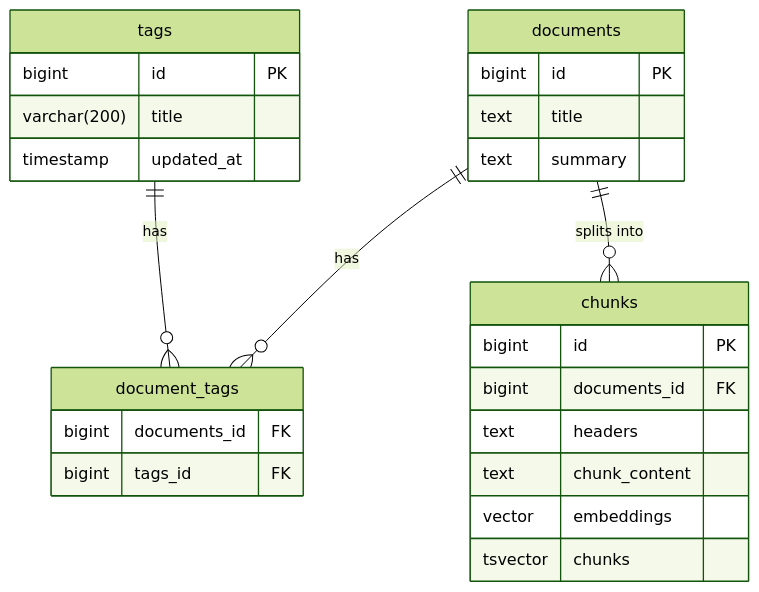
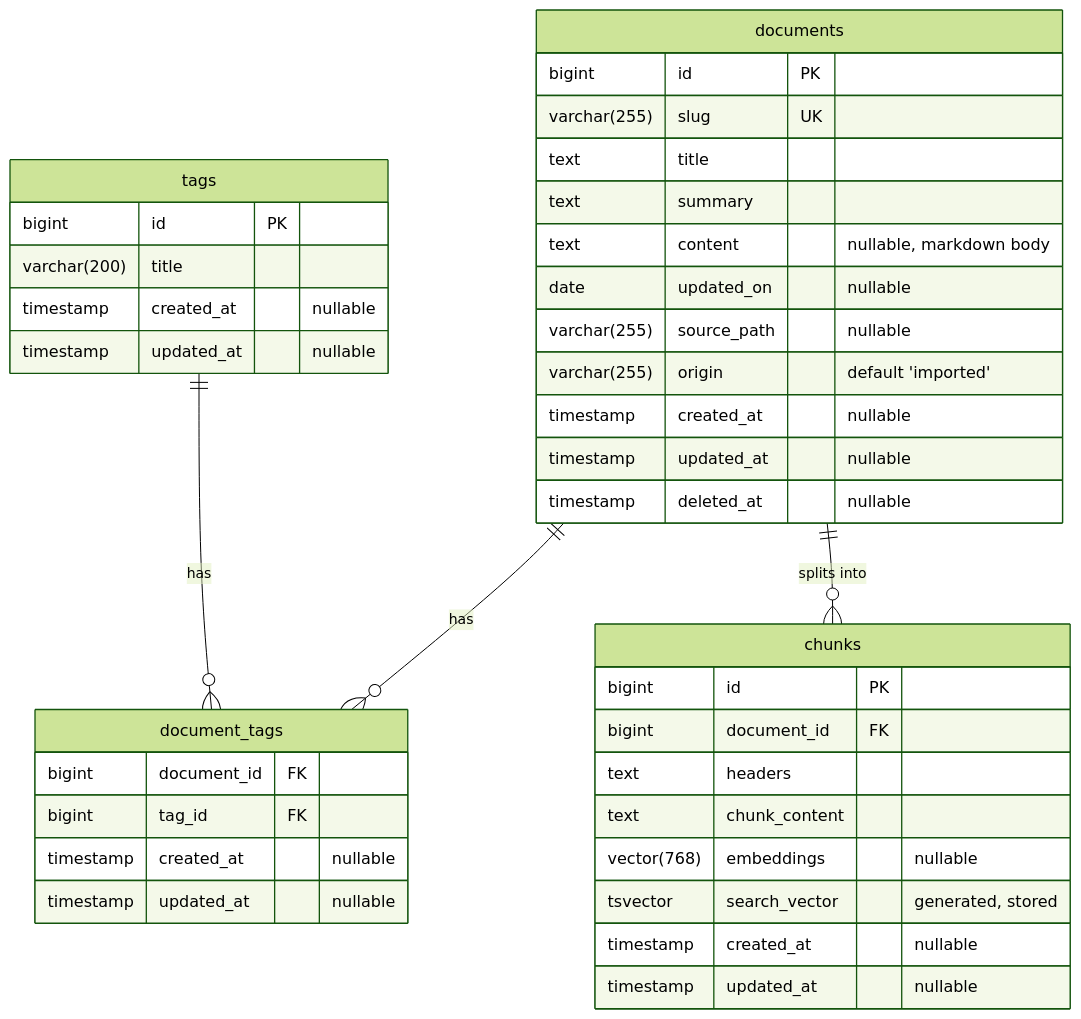
The diagram in docs/mld.mmd (ThomasLucking/RAG-Laravel), drawn with Mermaid (forest theme) before and after one commit. The commit also changed 28 other files, not shown here.

First line of the commit message:
feat!(architecture): migrated from document creation to db storing

```diff
--- a/docs/mld.mmd
+++ b/docs/mld.mmd
@@ -1,34 +1,53 @@
 erDiagram
-    %% the documents table is to store the original documents
+    %% the documents table is the single source of truth for a document (ADR 0001)
+    %% slug is fixed at creation and unique across live and soft-deleted rows
+    %% origin: 'imported' = from the docs/data corpus seed, 'manual' = created in the workshop
+    %% source_path is the original seed filename (null for manual documents)
+    %% deleted_at = soft delete, the row stays as a tombstone so the seed never re-imports its slug
     documents {
         bigint id PK
+        varchar(255) slug UK
         text title
         text summary
+        text content "nullable, markdown body"
+        date updated_on "nullable"
+        varchar(255) source_path "nullable"
+        varchar(255) origin "default 'imported'"
+        timestamp created_at "nullable"
+        timestamp updated_at "nullable"
+        timestamp deleted_at "nullable"
     }
+
     %% then the table has a many to many relationship so we need a join table to store the relationships between documents and tags
     tags {
         bigint id PK
         varchar(200) title
-        timestamp updated_at
+        timestamp created_at "nullable"
+        timestamp updated_at "nullable"
     }
 
+    %% (document_id, tag_id) is unique, both foreign keys cascade on delete
     document_tags {
-        bigint documents_id FK
-        bigint tags_id FK
+        bigint document_id FK
+        bigint tag_id FK
+        timestamp created_at "nullable"
+        timestamp updated_at "nullable"
     }
 
-    %% then there's a table to store the chunks of the documents, 
-    %% when we transform the raw data into embeddings, we will store the embeddings in this table as well
-    %% when we transform the raw data into tsvector, we will store the tsvector in this table as well
+    %% then there's a table to store the chunks of the documents
+    %% embeddings is nullable until the embedding model fills it
+    %% search_vector is a stored generated column: to_tsvector('english', chunk_content)
     chunks {
         bigint id PK
-        bigint documents_id FK
+        bigint document_id FK
         text headers
         text chunk_content
-        vector embeddings
-        tsvector chunks
+        vector(768) embeddings "nullable"
+        tsvector search_vector "generated, stored"
+        timestamp created_at "nullable"
+        timestamp updated_at "nullable"
     }
 
     documents ||--o{ document_tags : "has"
     tags ||--o{ document_tags : "has"
     documents ||--o{ chunks : "splits into"
```
